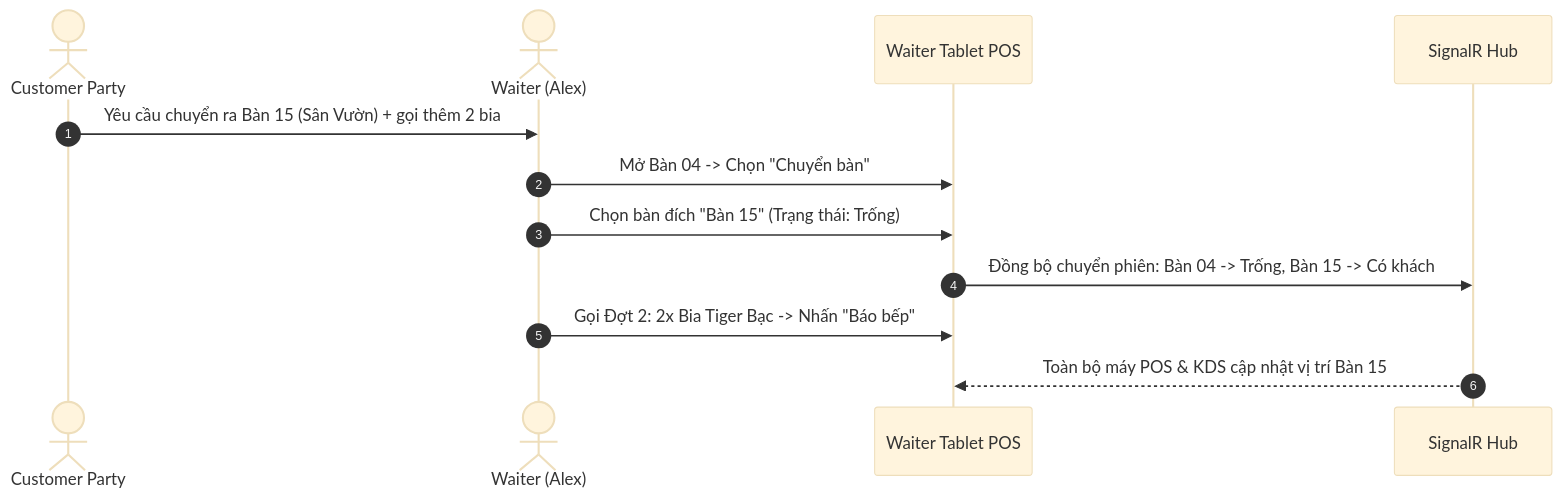
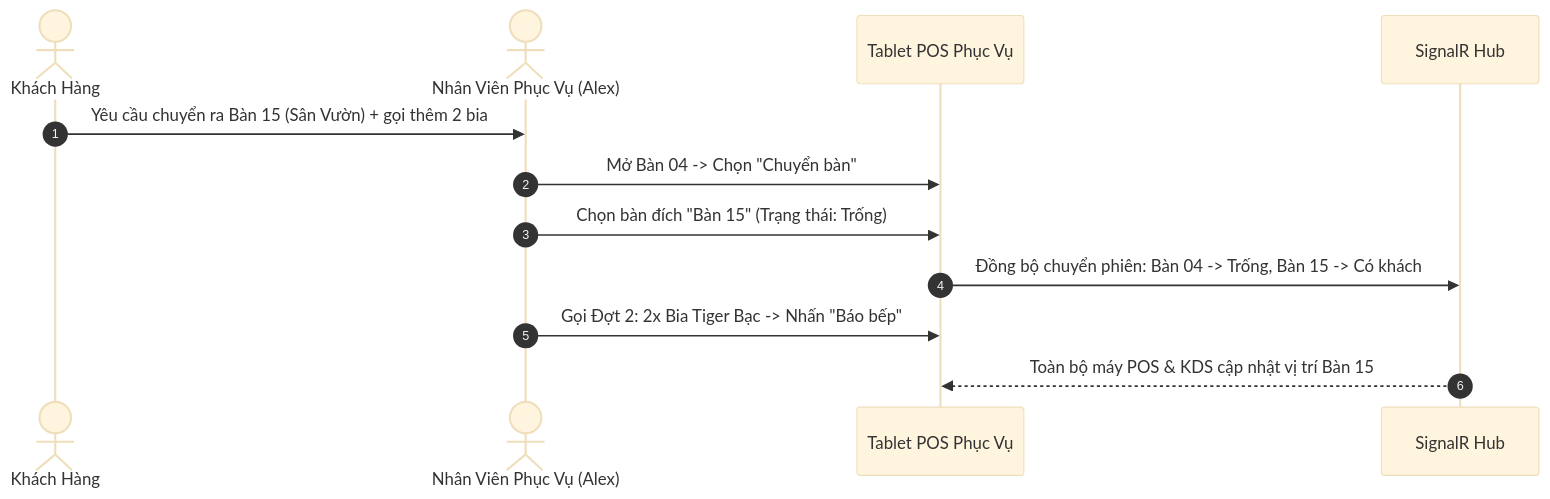
One commit to dieudoanhut2002/SmartRestaurant changed the seventh of 10 diagrams in docs/product/USER-JOURNEYS.md. Above: the diagram before and after it, drawn with Mermaid (base theme). The commit also changed other lines of this file and 40 other files, not shown here.

````diff
--- a/docs/product/USER-JOURNEYS.md
+++ b/docs/product/USER-JOURNEYS.md
@@ -200,15 +200,15 @@
 ```mermaid
 sequenceDiagram
     autonumber
-    actor Guest as Customer Party
-    actor Waiter as Waiter (Alex)
-    participant POS as Waiter Tablet POS
+    actor Guest as Khách Hàng
+    actor Waiter as Nhân Viên Phục Vụ (Alex)
+    participant POS as Tablet POS Phục Vụ
     participant Hub as SignalR Hub
 
     Guest->>Waiter: Yêu cầu chuyển ra Bàn 15 (Sân Vườn) + gọi thêm 2 bia
     Waiter->>POS: Mở Bàn 04 -> Chọn "Chuyển bàn"
     Waiter->>POS: Chọn bàn đích "Bàn 15" (Trạng thái: Trống)
     POS->>Hub: Đồng bộ chuyển phiên: Bàn 04 -> Trống, Bàn 15 -> Có khách
     Waiter->>POS: Gọi Đợt 2: 2x Bia Tiger Bạc -> Nhấn "Báo bếp"
     Hub-->>POS: Toàn bộ máy POS & KDS cập nhật vị trí Bàn 15
 ```
````
